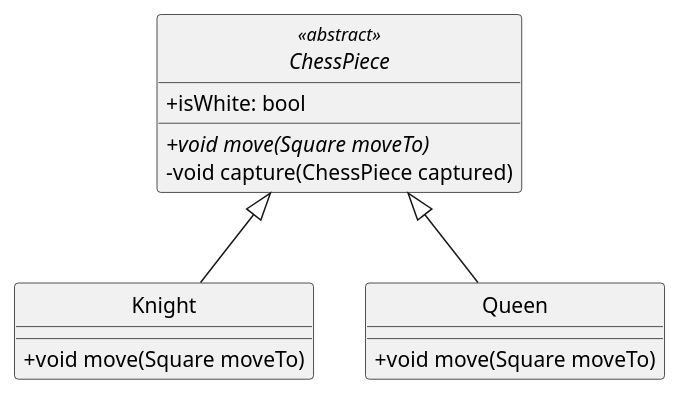
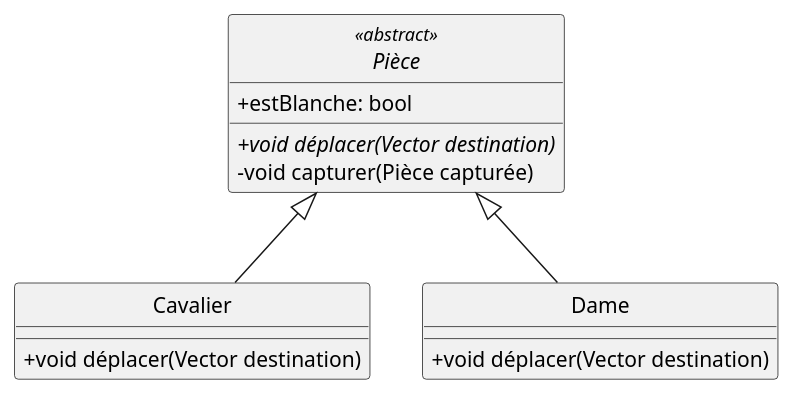
The diagram in plant_uml/abstractClassExample.plantuml (gigl-uml/Guide_uml_polymtl), drawn with PlantUML before and after one commit. The commit also changed 18 other files, not shown here.

```diff
--- a/plant_uml/abstractClassExample.plantuml
+++ b/plant_uml/abstractClassExample.plantuml
@@ -1,19 +1,19 @@
 @startuml
 hide circle
 skinparam classAttributeIconSize 0
 skinparam backgroundcolor transparent
-abstract class ChessPiece <<abstract>> {
-    +isWhite: bool
-    +void {abstract} move(Square moveTo)
-    -void capture(ChessPiece captured)
+abstract class Pièce <<abstract>> {
+    +estBlanche: bool
+    +void {abstract} déplacer(Vector destination)
+    -void capturer(Pièce capturée)
 }
-class Knight {
-    +void move(Square moveTo)
+class Cavalier {
+    +void déplacer(Vector destination)
 }
-class Queen {
-    +void move(Square moveTo)
+class Dame {
+    +void déplacer(Vector destination)
 }
 
-ChessPiece <|-- Knight
-ChessPiece <|-- Queen
+Pièce <|-- Cavalier
+Pièce <|-- Dame
 @enduml
```
